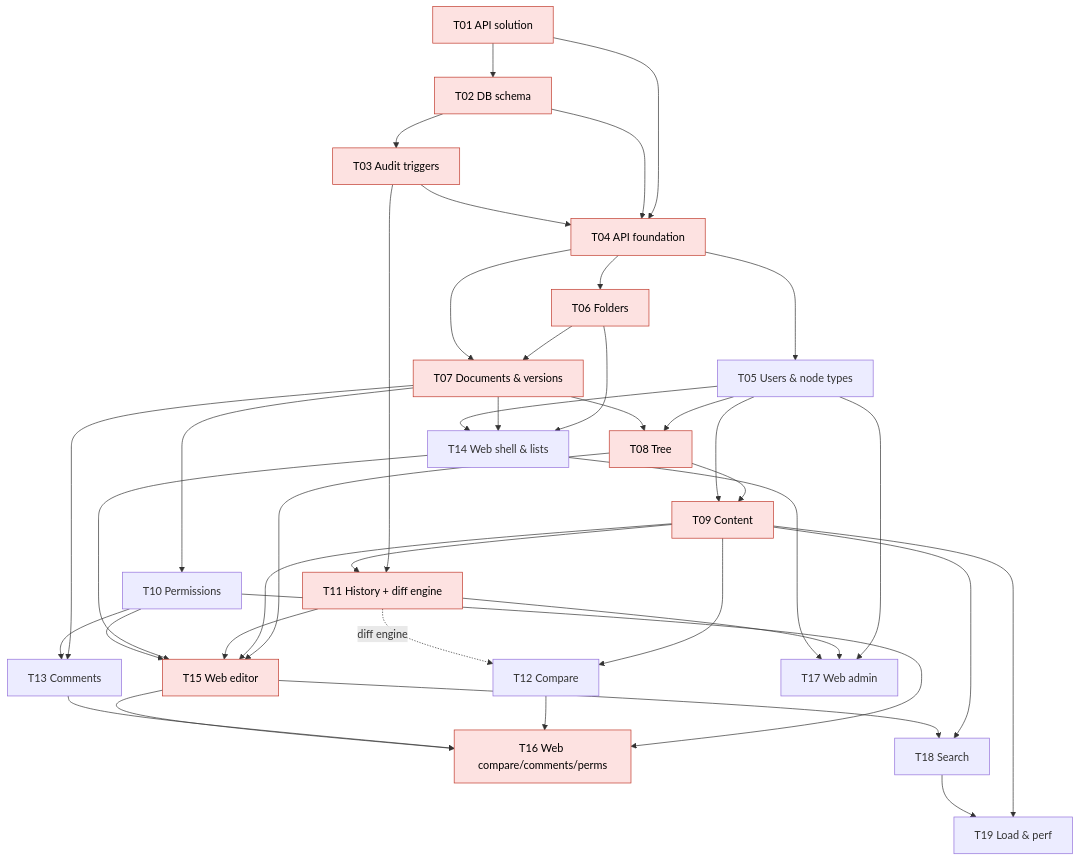
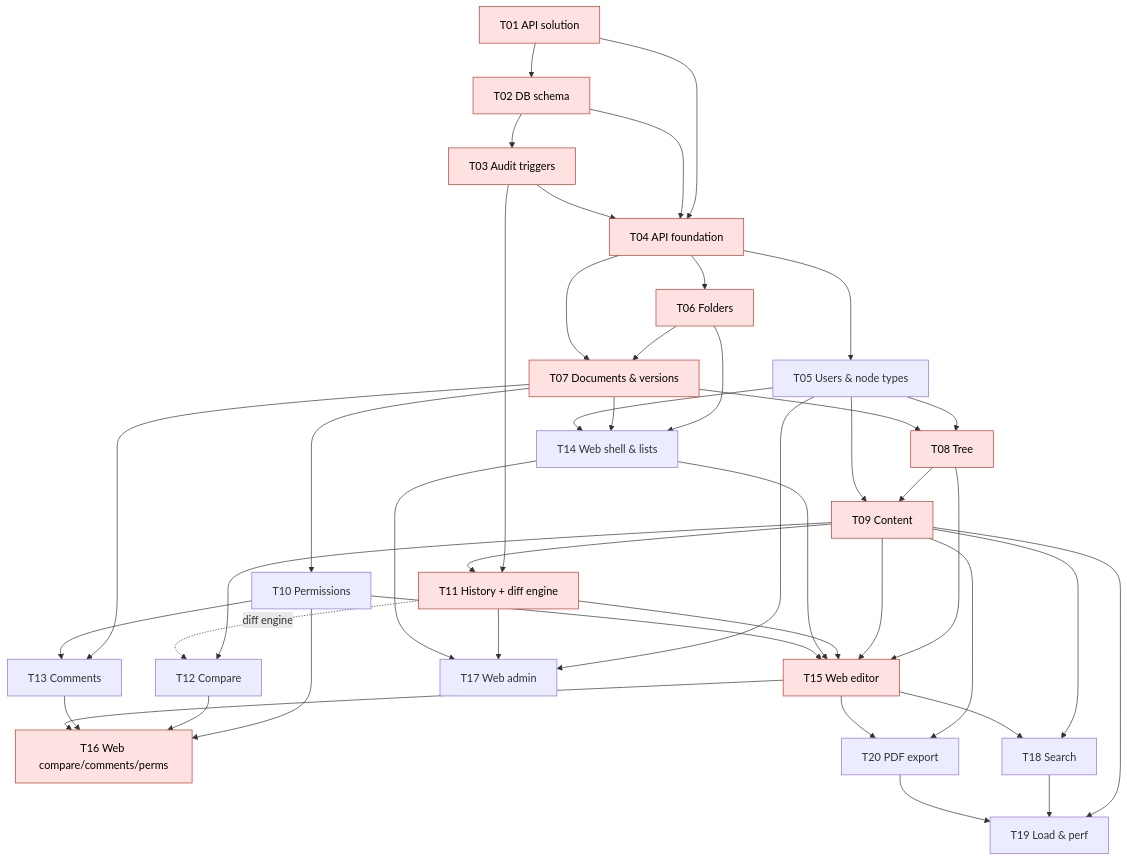
Before and after one commit to olexlpv-sys/test-repo: the diagram in docs/tasks/00-execution-plan.md, drawn with Mermaid. The commit also changed other lines of this file and 8 other files, not shown here.

Commit message:
docs(req): add PDF export requirements (FR-E*) and task T20

````diff
--- a/docs/tasks/00-execution-plan.md
+++ b/docs/tasks/00-execution-plan.md
@@ -34,45 +35,48 @@
 ```mermaid
 flowchart TD
   T01[T01 API solution] --> T04
   T01 --> T02
   T02[T02 DB schema] --> T03[T03 Audit triggers]
   T02 --> T04
   T03 --> T04[T04 API foundation]
   T04 --> T05[T05 Users & node types]
   T04 --> T06[T06 Folders]
   T06 --> T07[T07 Documents & versions]
   T04 --> T07
   T05 --> T08[T08 Tree]
   T07 --> T08
   T08 --> T09[T09 Content]
   T05 --> T09
   T07 --> T10[T10 Permissions]
   T03 --> T11[T11 History + diff engine]
   T09 --> T11
   T09 --> T12[T12 Compare]
   T11 -. diff engine .-> T12
   T07 --> T13[T13 Comments]
   T10 --> T13
   T06 --> T14[T14 Web shell & lists]
   T07 --> T14
   T08 --> T15[T15 Web editor]
   T09 --> T15
   T11 --> T15
   T14 --> T15
   T10 --> T16[T16 Web compare/comments/perms]
   T12 --> T16
   T13 --> T16
   T15 --> T16
   T05 --> T17[T17 Web admin]
   T11 --> T17
   T05 --> T14
   T10 --> T15
   T09 --> T18[T18 Search]
   T15 --> T18
   T09 --> T19[T19 Load & perf]
   T18 --> T19
+  T09 --> T20[T20 PDF export]
+  T15 --> T20
+  T20 --> T19
   T14 --> T17
 
   classDef crit fill:#fde2e1,stroke:#c0392b,color:#000;
   class T01,T02,T03,T04,T06,T07,T08,T09,T11,T15,T16 crit;
 ```
````
